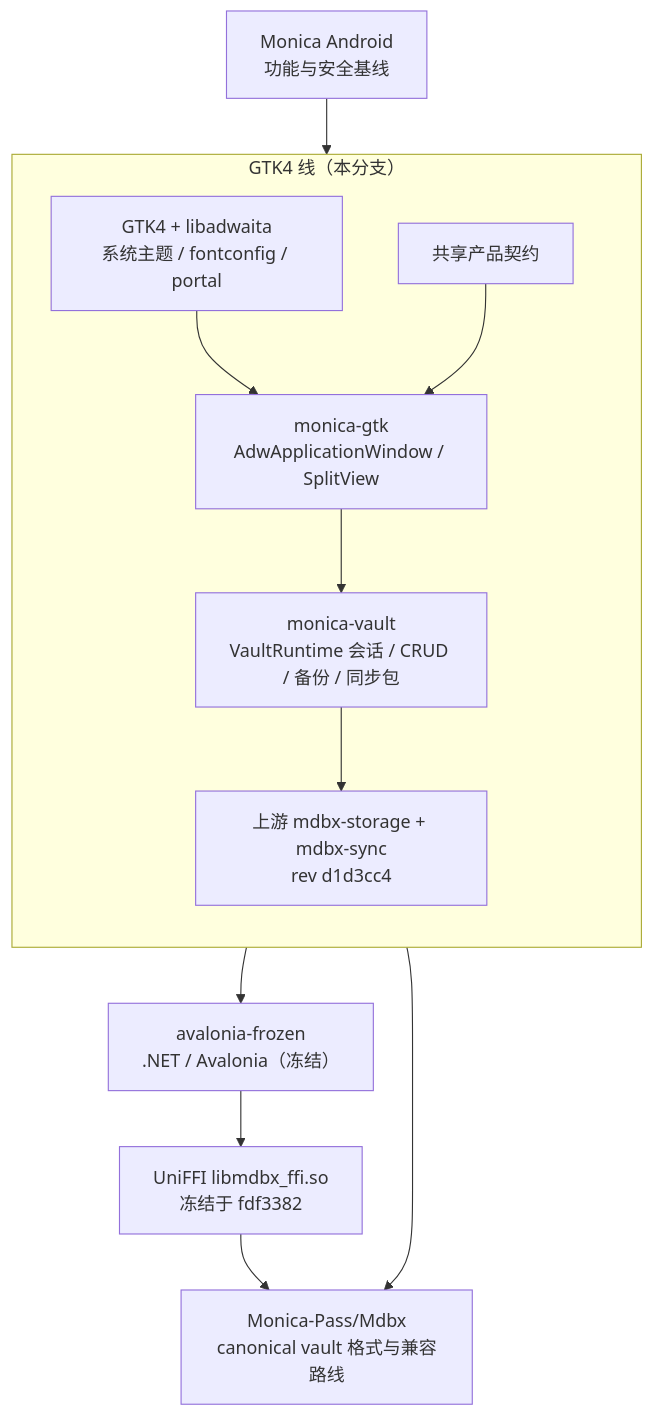
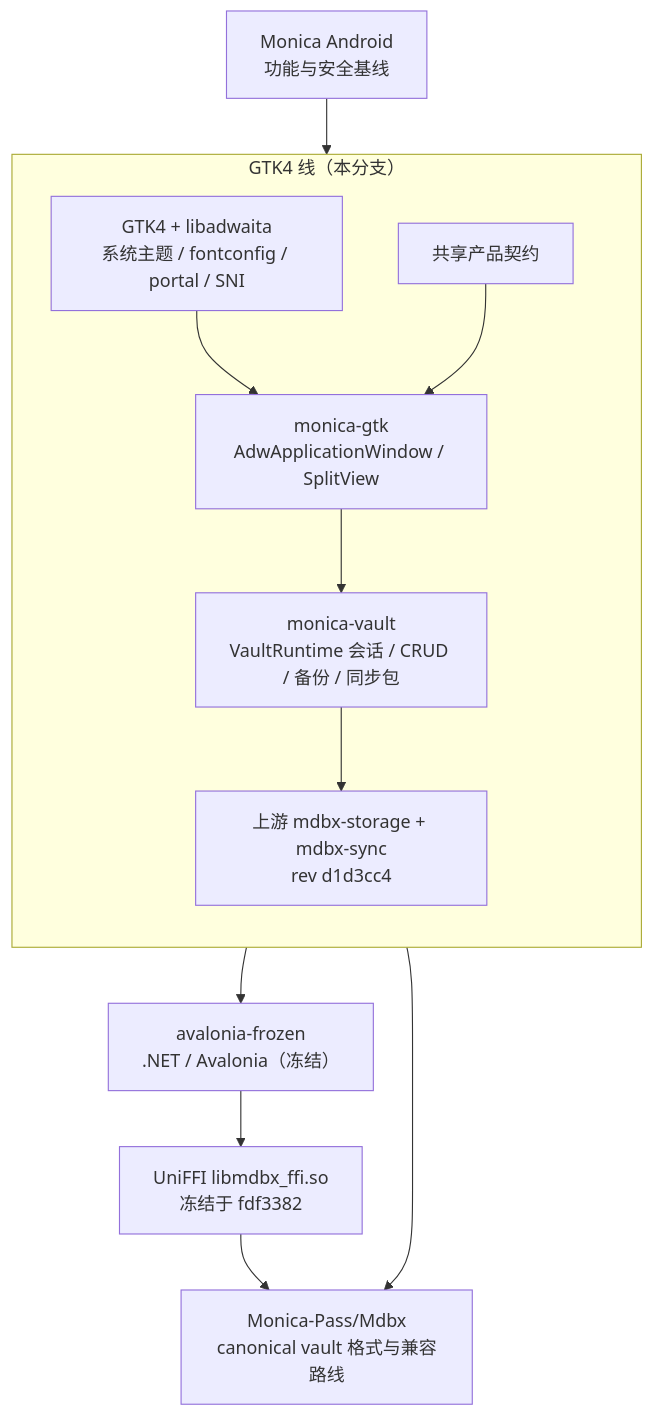
Before and after one commit to 6078HITHEDAY/Monica-by-Linux: the diagram in README.md, drawn with Mermaid. The commit also changed other lines of this file and 21 other files, not shown here.

First line of the commit message:
feat(gtk): Phase 4 portal file dialogs, notifications, shortcuts, tray

````diff
--- a/README.md
+++ b/README.md
@@ -103,18 +103,18 @@
 ```mermaid
 flowchart TB
     Android["Monica Android\n功能与安全基线"] --> Contract["共享产品契约"]
     MdbxUp["Monica-Pass/Mdbx\ncanonical vault 格式与兼容路线"]
 
     subgraph Gtk["GTK4 线（本分支）"]
         direction TB
-        Adw["GTK4 + libadwaita\n系统主题 / fontconfig / portal"] --> GtkApp["monica-gtk\nAdwApplicationWindow / SplitView"]
+        Adw["GTK4 + libadwaita\n系统主题 / fontconfig / portal / SNI"] --> GtkApp["monica-gtk\nAdwApplicationWindow / SplitView"]
         Contract --> GtkApp
         GtkApp --> VaultCrate["monica-vault\nVaultRuntime 会话 / CRUD / 备份 / 同步包"]
         VaultCrate --> Storage["上游 mdbx-storage + mdbx-sync\nrev d1d3cc4"]
     end
 
     Frozen["avalonia-frozen\n.NET / Avalonia（冻结）"] --> UniFfi["UniFFI libmdbx_ffi.so\n冻结于 fdf3382"]
     Contract --> Frozen
     UniFfi --> MdbxUp
     Storage --> MdbxUp
 ```
````
